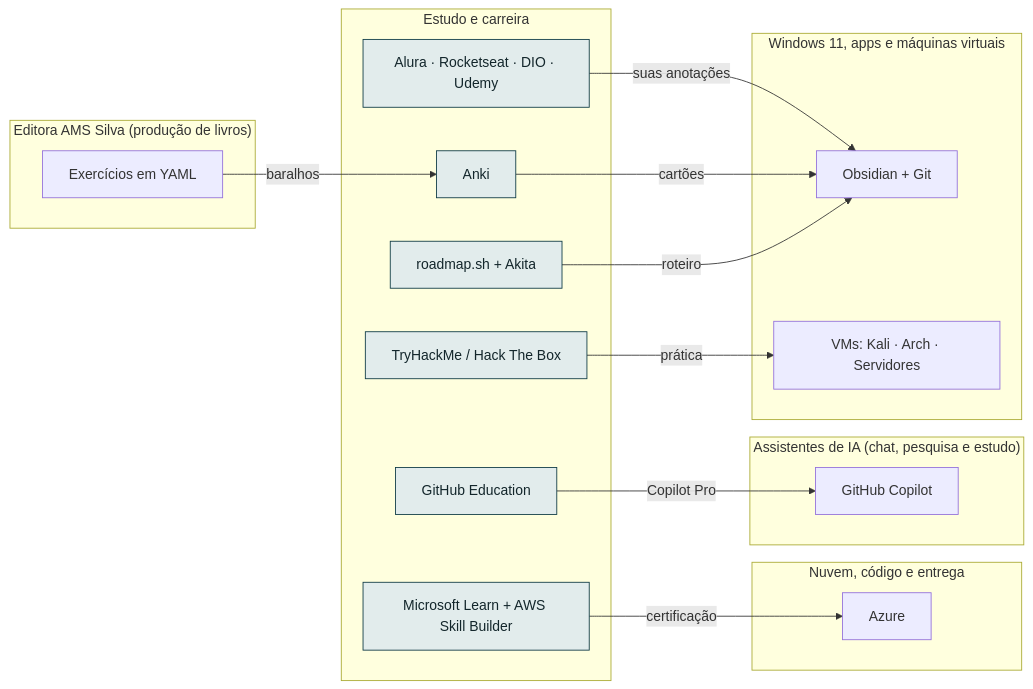
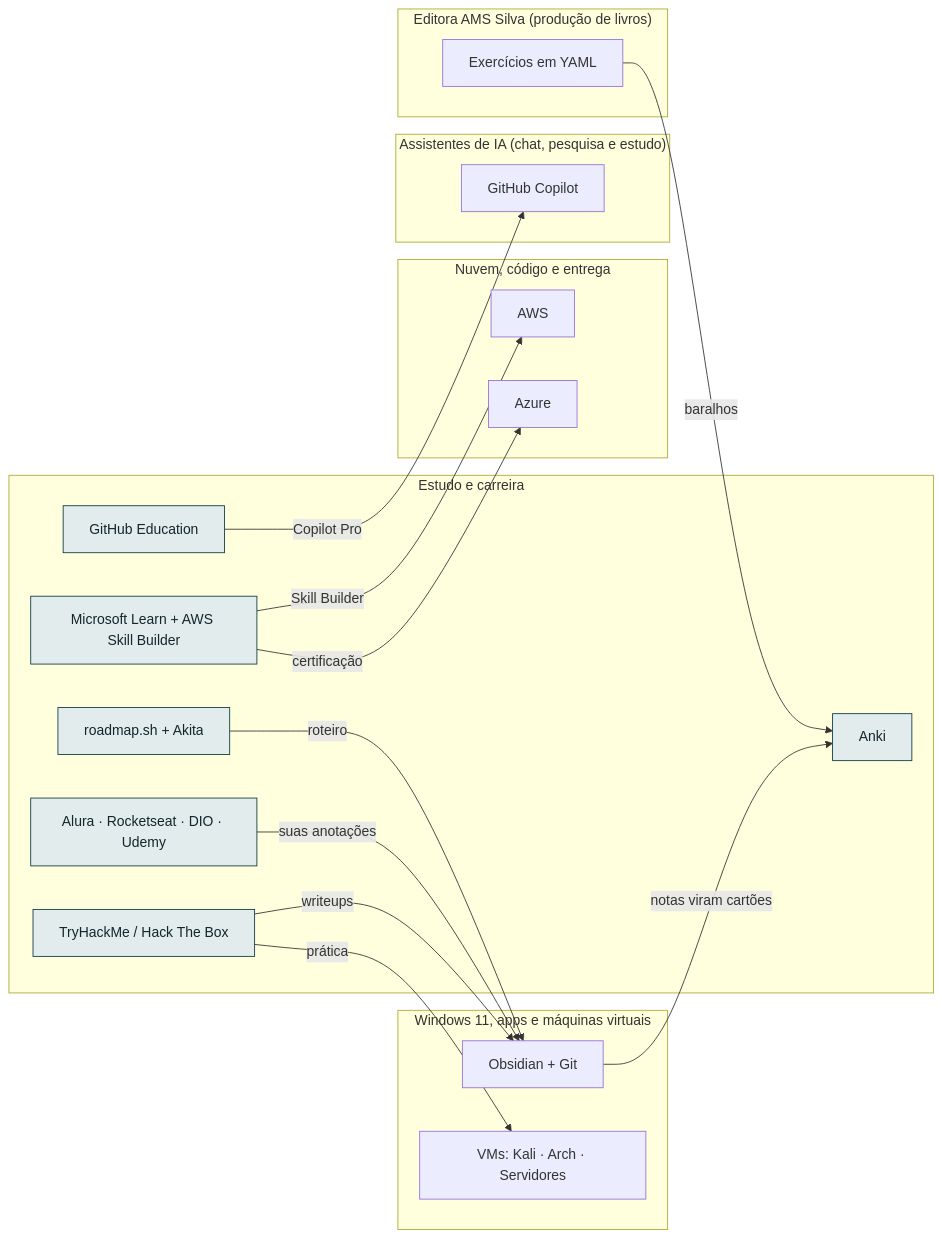
One commit to AlanMateus17/dev-setup changed the diagram in docs/camadas/13-est.md. Above: the diagram before and after it, drawn with Mermaid. The commit also changed other lines of this file and 38 other files, not shown here.

````diff
--- a/docs/camadas/13-est.md
+++ b/docs/camadas/13-est.md
@@ -14,33 +14,36 @@
 ```mermaid
 flowchart LR
   subgraph L_est["Estudo e carreira"]
     n_learn["Microsoft Learn + AWS Skill Builder"]
     n_thm["TryHackMe / Hack The Box"]
     n_plat["Alura · Rocketseat · DIO · Udemy"]
     n_anki["Anki"]
     n_road["roadmap.sh + Akita"]
     n_ghed["GitHub Education"]
   end
   subgraph L_editora["Editora AMS Silva (produção de livros)"]
     n_exyaml["Exercícios em YAML"]
   end
   subgraph L_nuvem["Nuvem, código e entrega"]
+    n_aws["AWS"]
     n_azure["Azure"]
   end
   subgraph L_chat["Assistentes de IA (chat, pesquisa e estudo)"]
     n_copi["GitHub Copilot"]
   end
   subgraph L_win["Windows 11, apps e máquinas virtuais"]
     n_obsd["Obsidian + Git"]
     n_vms["VMs: Kali · Arch · Servidores"]
   end
   n_learn -->|"certificação"| n_azure
+  n_learn -->|"Skill Builder"| n_aws
   n_thm -->|"prática"| n_vms
+  n_thm -->|"writeups"| n_obsd
   n_plat -->|"suas anotações"| n_obsd
-  n_anki -->|"cartões"| n_obsd
+  n_obsd -->|"notas viram cartões"| n_anki
   n_exyaml -->|"baralhos"| n_anki
   n_road -->|"roteiro"| n_obsd
   n_ghed -->|"Copilot Pro"| n_copi
   classDef desta fill:#e2ecec,stroke:#0e3a45,color:#13262b
   class n_learn,n_thm,n_plat,n_anki,n_road,n_ghed desta
 ```
````
